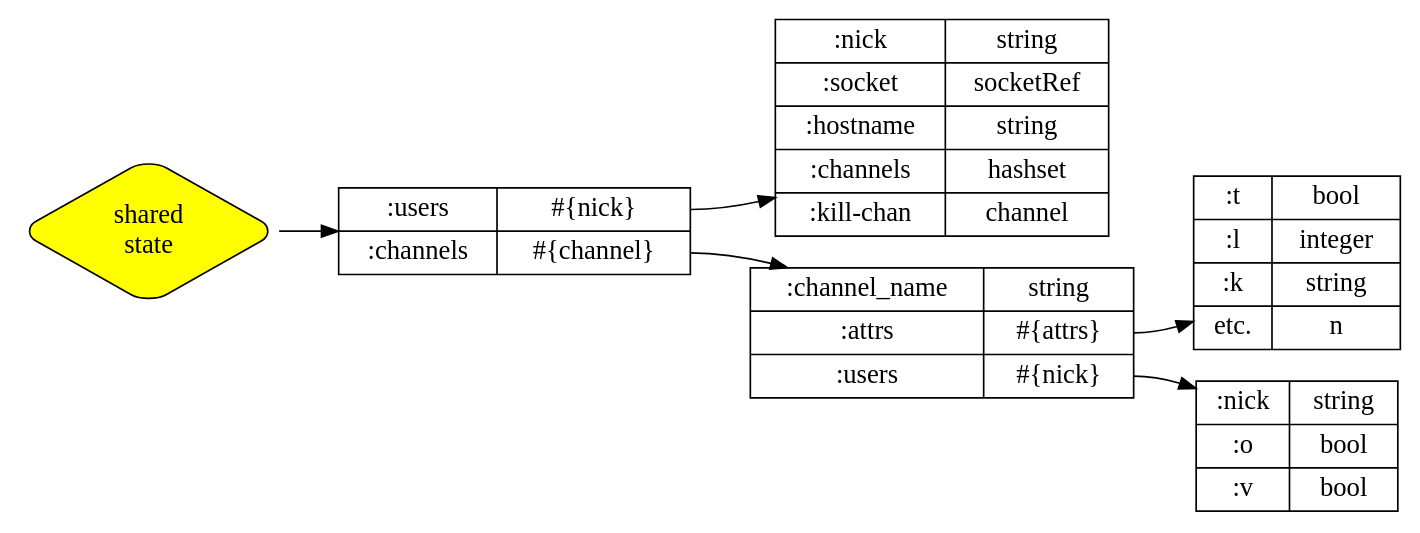
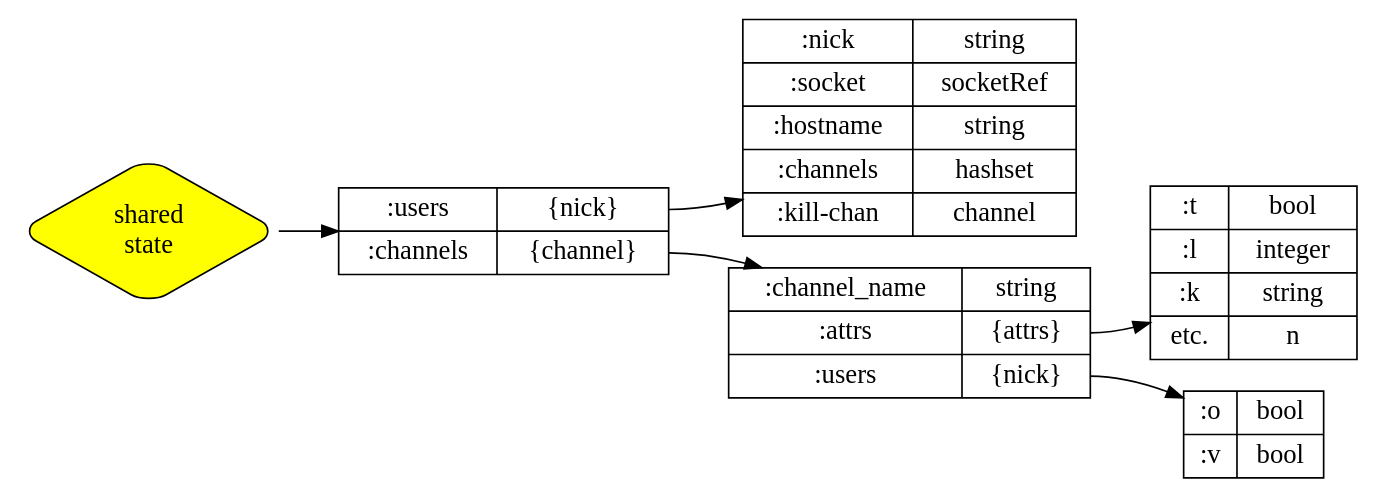
One commit to csdrane/IRC-LJ- changed the diagram in resources/state.dot. Above: the diagram before and after it, drawn with Graphviz.

Commit message:
state.dot: fixed syntax error with hashmaps. Removed :nick as key from channel_users.

```diff
--- a/resources/state.dot
+++ b/resources/state.dot
@@ -1,45 +1,45 @@
 digraph g {
   graph [
          rankdir = "LR"
          ];
   node [
         fontsize = "16"
         shape = "ellipse"
         ];
   edge [
         ];
   "head" [
            label = "shared \nstate",
            fillcolor = "yellow",
            style = "rounded,filled",
            shape = "diamond"];
   "state" [
            label = "{{<f0> :users | <f1> :channels} |
-                     {<f2> #\{nick\}| <f3> #\{channel\}}}"
+                     {<f2> \{nick\}| <f3> \{channel\}}}"
            shape = "record"
            ];
   "users" [
            label = "{{<f0> :nick |<f1> :socket |<f2> :hostname |<f3> :channels | <f8> :kill-chan } | 
                       {<f4> string | <f5> socketRef | <f6> string | <f7> hashset | <f8> channel}}",
            shape = "record"
          ];
   "channels" [
               label = "{{<f0> :channel_name | <f1> :attrs | <f2> :users } |
-                        {<f3> string | <f4> #\{attrs\} | <f5> #\{nick\} }}",                                 shape = "record"
+                        {<f3> string | <f4> \{attrs\} | <f5> \{nick\} }}",                                 shape = "record"
               ];
   "channel_attrs" [
                    label = "{{<f0> :t | <f1> :l | <f2> :k | etc.} | 
                              {<f3> bool | <f4> integer | <f5> string |n }}",
                    shape = "record"
                    ];
   "channel_users" [
-                   label = "{{<f0> :nick | <f1> :o | <f2> :v } |
-                             {<f3> string | <f4> bool | <f5> bool }}",
+                   label = "{{ <f1> :o | <f2> :v } |
+                             { <f4> bool | <f5> bool }}",
                    shape = "record"
                    ];
   "head" -> "state";
   "state":f2 -> "users";
   "state":f3 -> "channels";
   "channels":f4 -> "channel_attrs";
   "channels":f5 -> "channel_users";
 }
```
